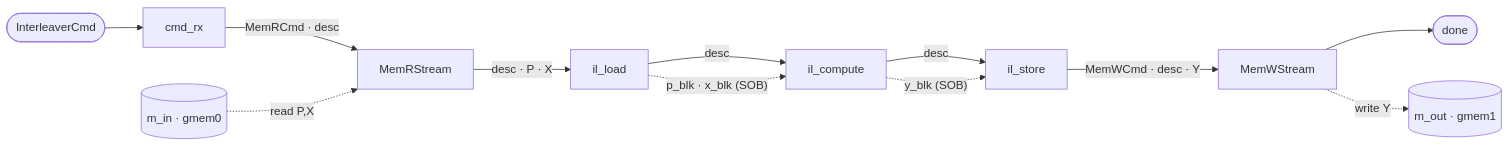
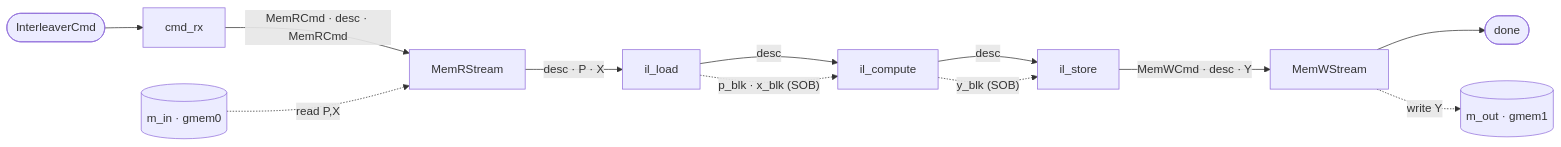
The diagram in docs/examples/interleaver/interleaver.md (sdrangan/waveflow), drawn with Mermaid before and after one commit. The commit also changed other lines of this file and 6 other files, not shown here.

````diff
--- a/docs/examples/interleaver/interleaver.md
+++ b/docs/examples/interleaver/interleaver.md
@@ -92,14 +92,14 @@
 ```mermaid
 flowchart LR
   cmd([InterleaverCmd]) --> RX[cmd_rx]
-  RX -->|"MemRCmd · desc"| MR[MemRStream]
+  RX -->|"MemRCmd · desc · MemRCmd"| MR[MemRStream]
   MR -->|"desc · P · X"| LD[il_load]
   LD -->|desc| CP[il_compute]
   CP -->|desc| ST[il_store]
   ST -->|"MemWCmd · desc · Y"| MW[MemWStream]
   MW --> done([done])
   LD -.->|"p_blk · x_blk (SOB)"| CP
   CP -.->|"y_blk (SOB)"| ST
   gmem0[("m_in · gmem0")] -. read P,X .-> MR
   MW -. write Y .-> gmem1[("m_out · gmem1")]
 ```
````
